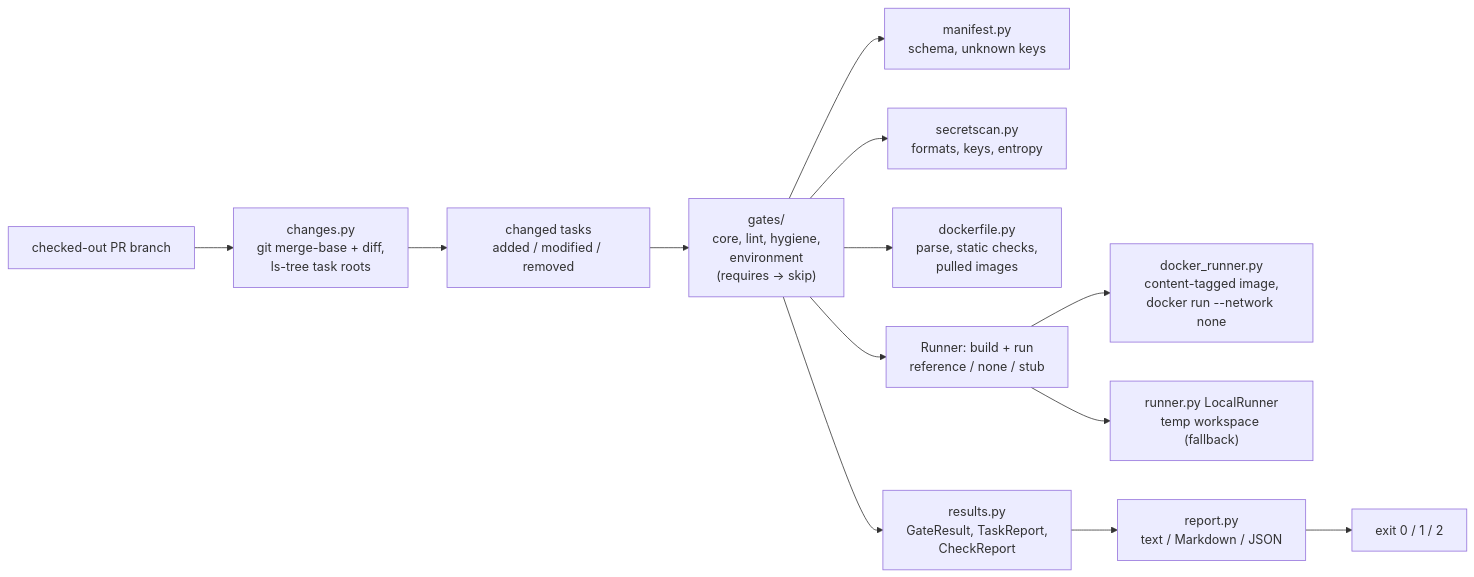
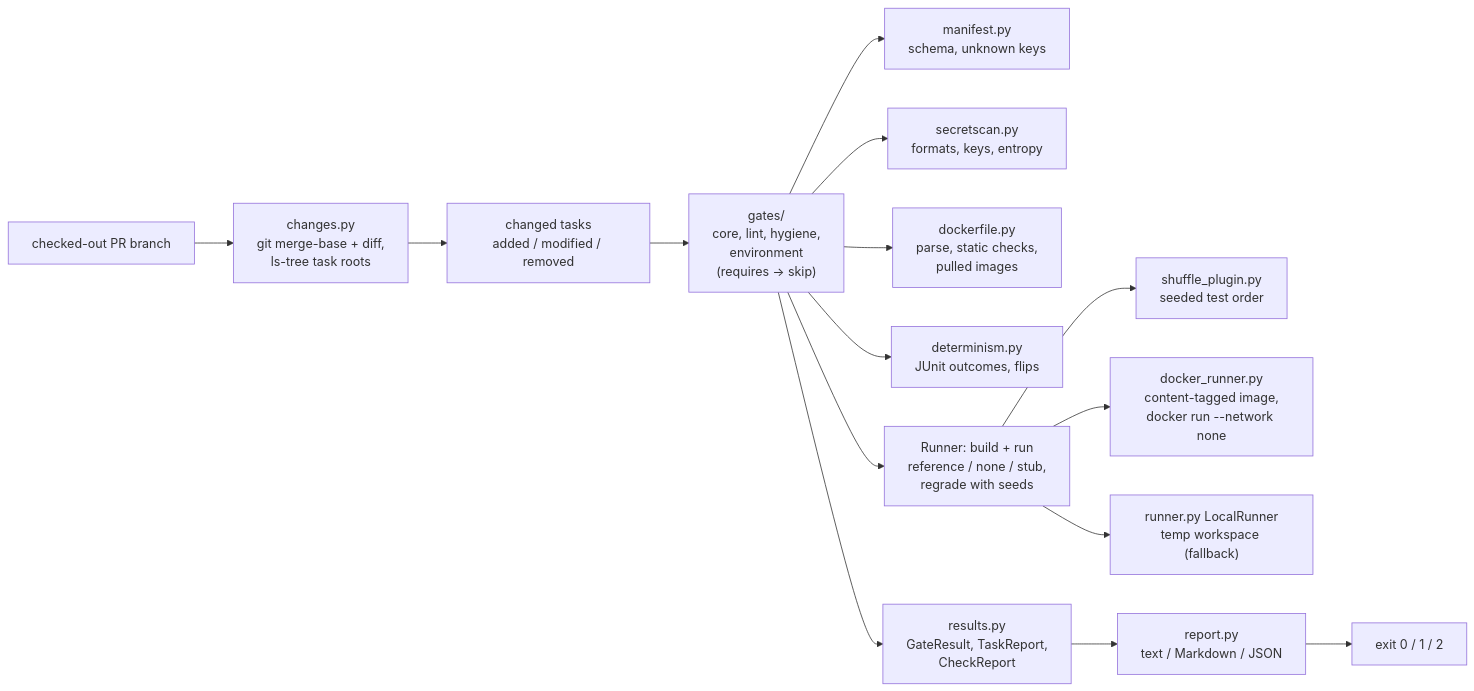
Before and after one commit to vipul21435/taskgate: the diagram in README.md, drawn with Mermaid. The commit also changed other lines of this file and 2 other files, not shown here.

First line of the commit message:
docs: document grader determinism (TG501) and taskgate grade with real output

````diff
--- a/README.md
+++ b/README.md
@@ -345,15 +428,17 @@
 ```mermaid
 flowchart LR
     PR["checked-out PR branch"] --> CH["changes.py<br/>git merge-base + diff,<br/>ls-tree task roots"]
     CH --> TASKS["changed tasks<br/>added / modified / removed"]
     TASKS --> GATES["gates/<br/>core, lint, hygiene,<br/>environment<br/>(requires -> skip)"]
     GATES --> MAN["manifest.py<br/>schema, unknown keys"]
     GATES --> SEC["secretscan.py<br/>formats, keys, entropy"]
     GATES --> DF["dockerfile.py<br/>parse, static checks,<br/>pulled images"]
-    GATES --> RUN["Runner: build + run<br/>reference / none / stub"]
+    GATES --> DET["determinism.py<br/>JUnit outcomes, flips"]
+    GATES --> RUN["Runner: build + run<br/>reference / none / stub,<br/>regrade with seeds"]
+    RUN --> SHUF["shuffle_plugin.py<br/>seeded test order"]
     RUN --> DOCK["docker_runner.py<br/>content-tagged image,<br/>docker run --network none"]
     RUN --> LOC["runner.py LocalRunner<br/>temp workspace (fallback)"]
     GATES --> RES["results.py<br/>GateResult, TaskReport,<br/>CheckReport"]
     RES --> REP["report.py<br/>text / Markdown / JSON"]
     REP --> EXIT["exit 0 / 1 / 2"]
 ```
````
